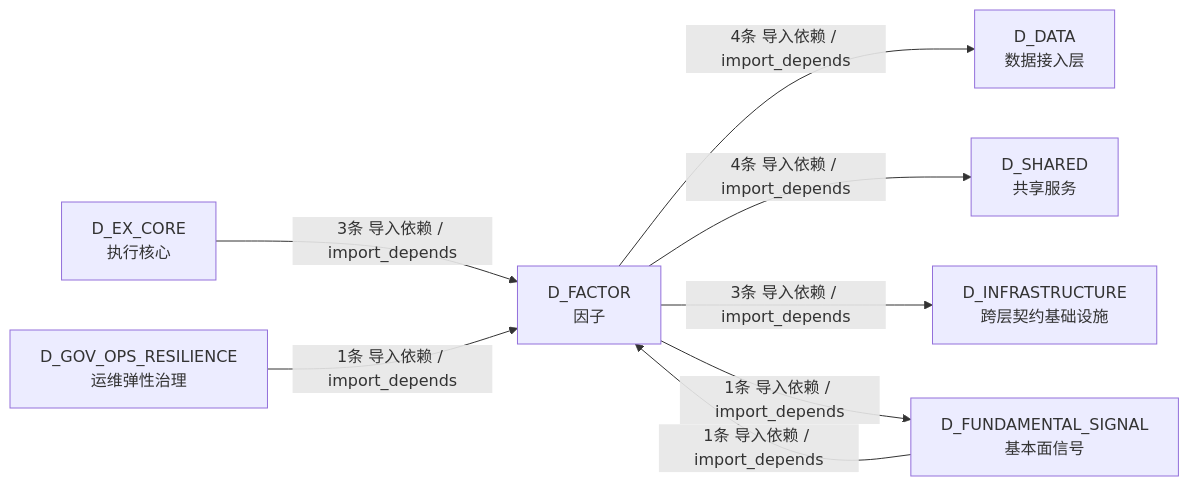
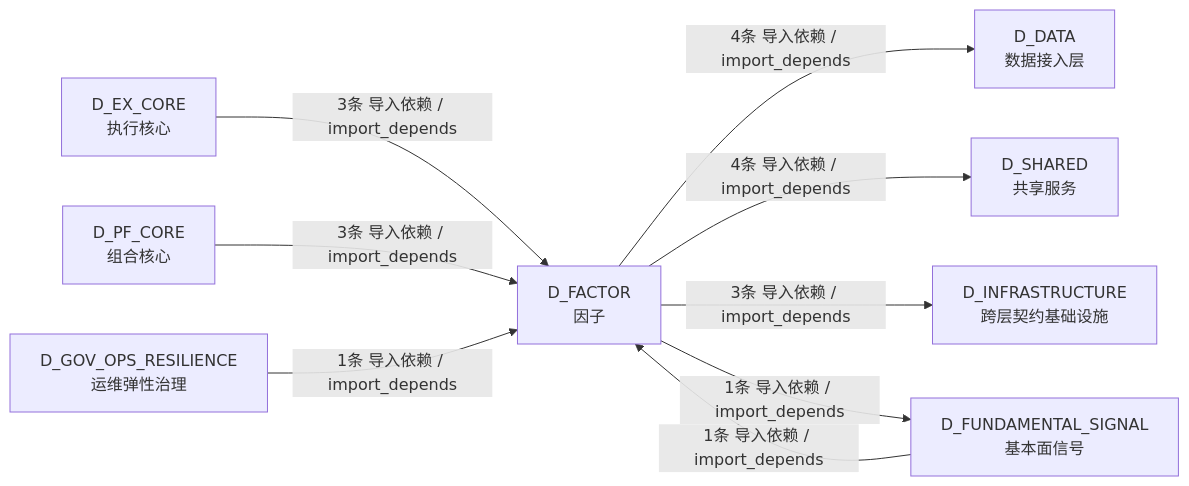
Before and after one commit to xuanFelixVan/ZephyrAlpha: the fifth of 5 diagrams in docs/02_enterprise_architecture/02_domain_architecture_docs/46_d_factor.md, drawn with Mermaid. The commit also changed other lines of this file and 42 other files, not shown here.

````diff
--- a/docs/02_enterprise_architecture/02_domain_architecture_docs/46_d_factor.md
+++ b/docs/02_enterprise_architecture/02_domain_architecture_docs/46_d_factor.md
@@ -437,17 +449,19 @@
 ```mermaid
 graph LR
     D_FACTOR["D_FACTOR<br/>因子"]
     D_DATA["D_DATA<br/>数据接入层"]
     D_SHARED["D_SHARED<br/>共享服务"]
     D_INFRASTRUCTURE["D_INFRASTRUCTURE<br/>跨层契约基础设施"]
     D_FUNDAMENTAL_SIGNAL["D_FUNDAMENTAL_SIGNAL<br/>基本面信号"]
     D_EX_CORE["D_EX_CORE<br/>执行核心"]
+    D_PF_CORE["D_PF_CORE<br/>组合核心"]
     D_GOV_OPS_RESILIENCE["D_GOV_OPS_RESILIENCE<br/>运维弹性治理"]
     D_FACTOR -->|4条 导入依赖 / import_depends| D_DATA
     D_FACTOR -->|4条 导入依赖 / import_depends| D_SHARED
     D_FACTOR -->|3条 导入依赖 / import_depends| D_INFRASTRUCTURE
     D_FACTOR -->|1条 导入依赖 / import_depends| D_FUNDAMENTAL_SIGNAL
     D_EX_CORE -->|3条 导入依赖 / import_depends| D_FACTOR
+    D_PF_CORE -->|3条 导入依赖 / import_depends| D_FACTOR
     D_FUNDAMENTAL_SIGNAL -->|1条 导入依赖 / import_depends| D_FACTOR
     D_GOV_OPS_RESILIENCE -->|1条 导入依赖 / import_depends| D_FACTOR
 ```
````
